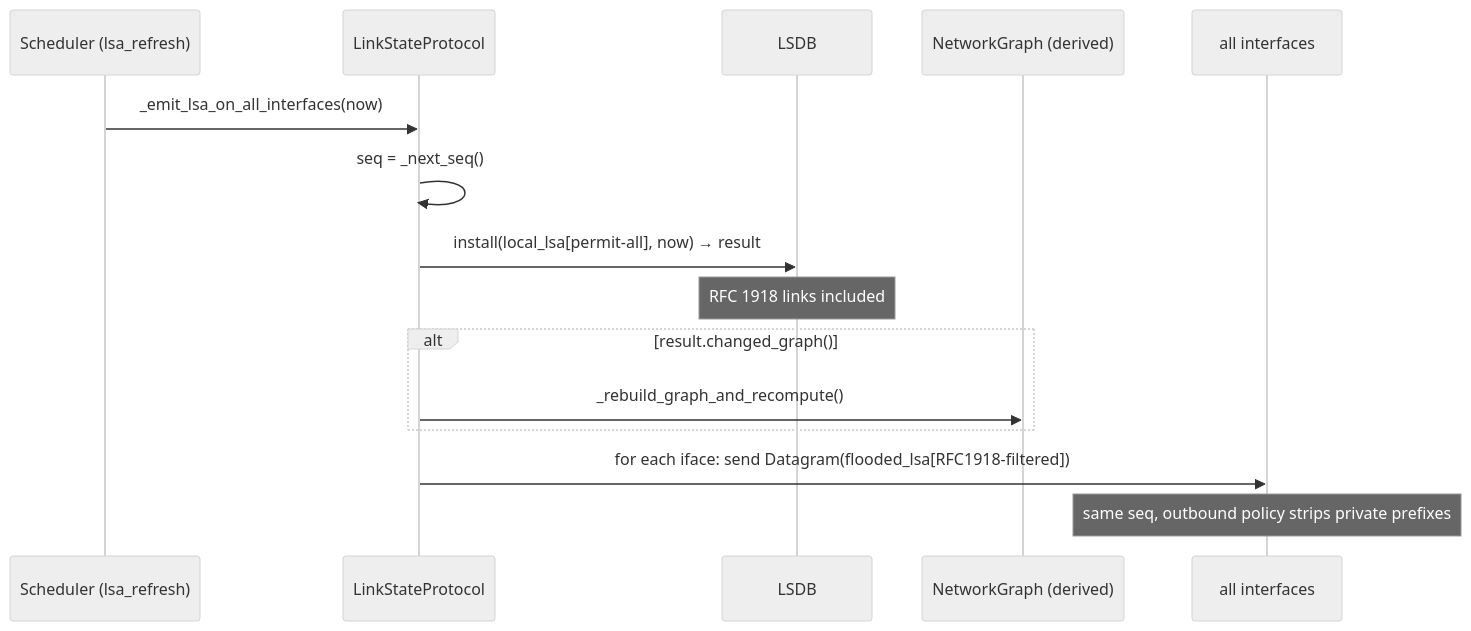
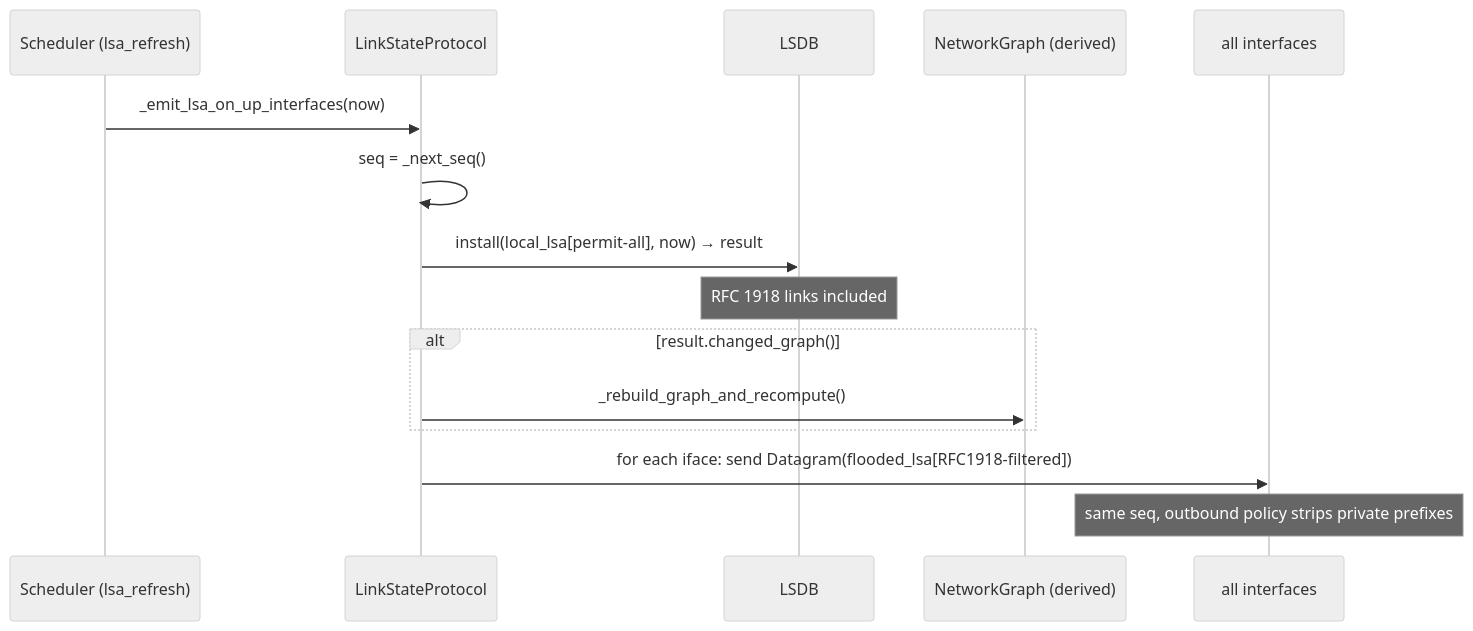
One commit to lukius/loom changed the first of 2 diagrams in docs/architecture/routing-protocol.md. Above: the diagram before and after it, drawn with Mermaid (neutral theme). The commit also changed other lines of this file, not shown here.

Commit message:
docs(routing-protocol): fix emit-method names and message-type framing

````diff
--- a/docs/architecture/routing-protocol.md
+++ b/docs/architecture/routing-protocol.md
@@ -127,18 +129,18 @@
 ```mermaid
 sequenceDiagram
   participant Sched as Scheduler (lsa_refresh)
   participant Proto as LinkStateProtocol
   participant DB as LSDB
   participant G as NetworkGraph (derived)
   participant IFs as all interfaces
 
-  Sched->>Proto: _emit_lsa_on_all_interfaces(now)
+  Sched->>Proto: _emit_lsa_on_up_interfaces(now)
   Proto->>Proto: seq = _next_seq()
   Proto->>DB: install(local_lsa[permit-all], now) → result
   note over DB: RFC 1918 links included
   alt result.changed_graph()
     Proto->>G: _rebuild_graph_and_recompute()
   end
   Proto->>IFs: for each iface: send Datagram(flooded_lsa[RFC1918-filtered])
   note over IFs: same seq, outbound policy strips private prefixes
 ```
````
